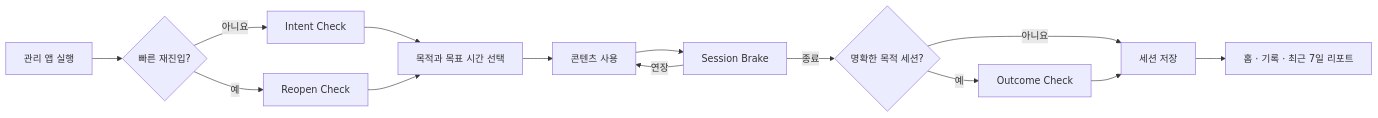
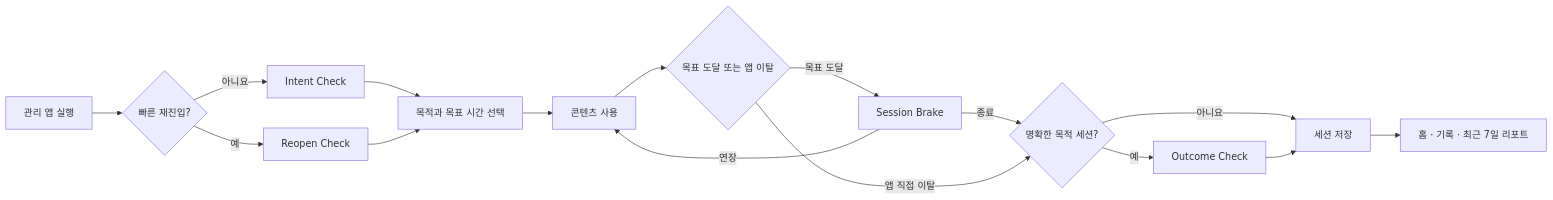
One commit to minimine09/teum changed the first of 2 diagrams in README.md. Above: the diagram before and after it, drawn with Mermaid. The commit also changed other lines of this file and 6 other files, not shown here.

````diff
--- a/README.md
+++ b/README.md
@@ -35,16 +60,18 @@
 ```mermaid
 flowchart LR
     A["관리 앱 실행"] --> B{"빠른 재진입?"}
     B -- "아니요" --> C["Intent Check"]
     B -- "예" --> D["Reopen Check"]
     C --> E["목적과 목표 시간 선택"]
     D --> E
     E --> F["콘텐츠 사용"]
-    F --> G["Session Brake"]
-    G -- "종료" --> H{"명확한 목적 세션?"}
-    G -- "연장" --> F
-    H -- "예" --> I["Outcome Check"]
-    H -- "아니요" --> J["세션 저장"]
-    I --> J
-    J --> K["홈 · 기록 · 최근 7일 리포트"]
+    F --> G{"목표 도달 또는 앱 이탈"}
+    G -- "목표 도달" --> H["Session Brake"]
+    H -- "연장" --> F
+    H -- "종료" --> I{"명확한 목적 세션?"}
+    G -- "앱 직접 이탈" --> I
+    I -- "예" --> J["Outcome Check"]
+    I -- "아니요" --> K["세션 저장"]
+    J --> K
+    K --> L["홈 · 기록 · 최근 7일 리포트"]
 ```
````
